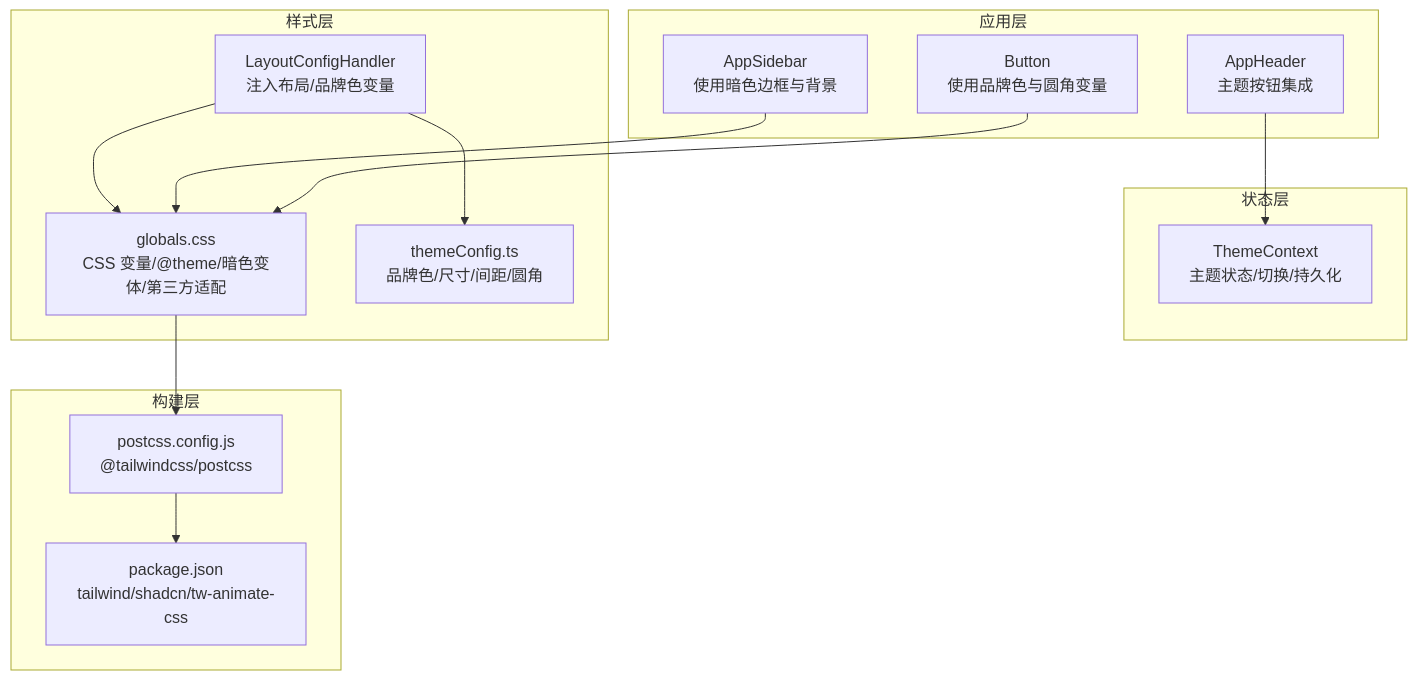
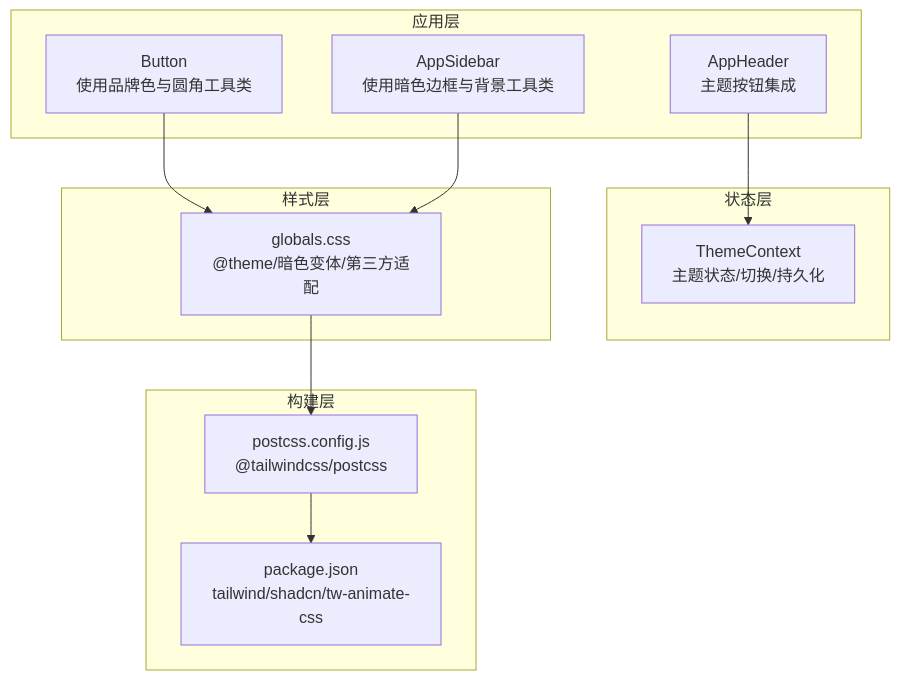
One commit to HAOFUYANG/nextjs-admin changed the first of 4 diagrams in .qoder/repowiki/zh/content/主题定制.md. Above: the diagram before and after it, drawn with Mermaid. The commit also changed other lines of this file and 15 other files, not shown here.

````diff
--- a/.qoder/repowiki/zh/content/主题定制.md
+++ b/.qoder/repowiki/zh/content/主题定制.md
@@ -42,27 +46,23 @@
 ```mermaid
 graph TB
 subgraph "应用层"
 AH["AppHeader<br/>主题按钮集成"]
-BTN["Button<br/>使用品牌色与圆角变量"]
-SB["AppSidebar<br/>使用暗色边框与背景"]
+BTN["Button<br/>使用品牌色与圆角工具类"]
+SB["AppSidebar<br/>使用暗色边框与背景工具类"]
 end
 subgraph "状态层"
 TC["ThemeContext<br/>主题状态/切换/持久化"]
 end
 subgraph "样式层"
-GCSS["globals.css<br/>CSS 变量/@theme/暗色变体/第三方适配"]
-LCH["LayoutConfigHandler<br/>注入布局/品牌色变量"]
-CFG["themeConfig.ts<br/>品牌色/尺寸/间距/圆角"]
+GCSS["globals.css<br/>@theme/暗色变体/第三方适配"]
 end
 subgraph "构建层"
 PCFG["postcss.config.js<br/>@tailwindcss/postcss"]
 PKG["package.json<br/>tailwind/shadcn/tw-animate-css"]
 end
 AH --> TC
 BTN --> GCSS
 SB --> GCSS
-LCH --> GCSS
-LCH --> CFG
 GCSS --> PCFG
 PCFG --> PKG
 ```
````
